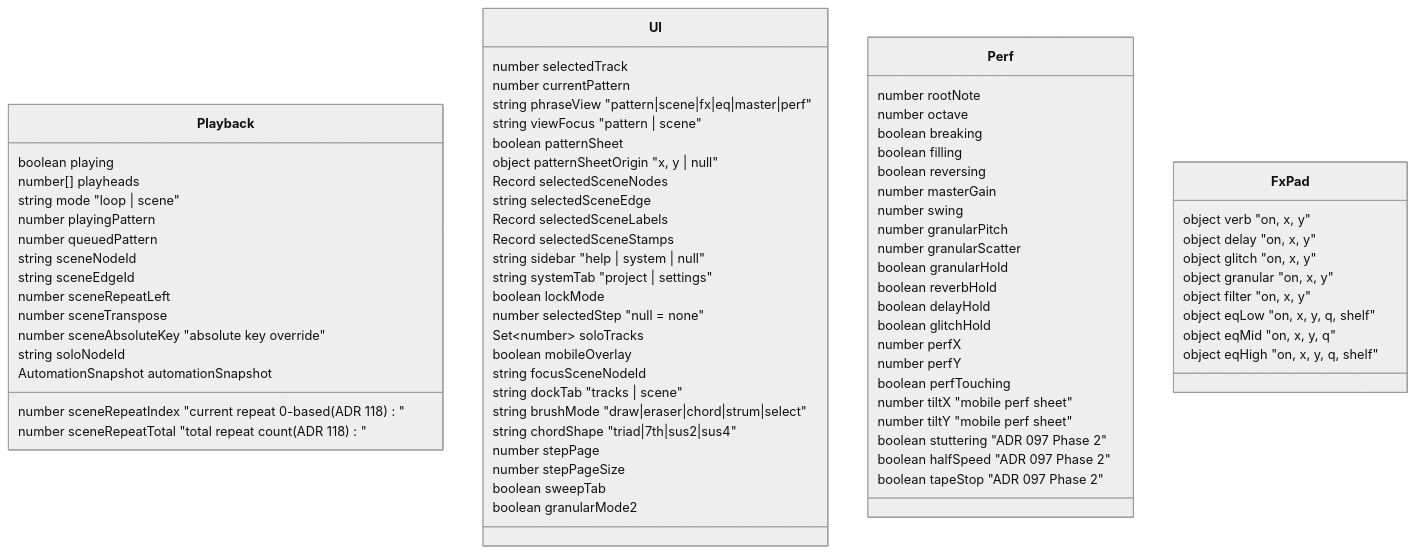
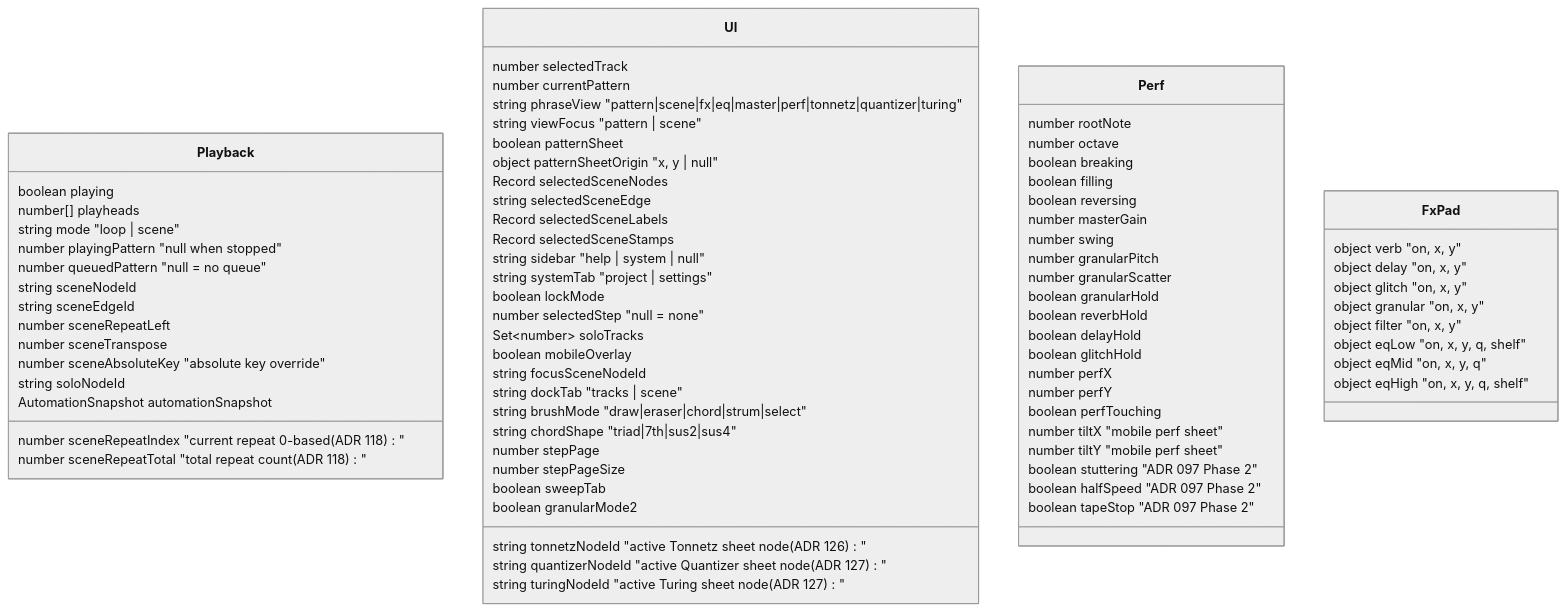
Before and after one commit to im9/inboil: the second of 2 diagrams in docs/ai/DATA_MODEL.md, drawn with Mermaid (neutral theme). The commit also changed other lines of this file and 18 other files, not shown here.

```diff
--- a/docs/ai/DATA_MODEL.md
+++ b/docs/ai/DATA_MODEL.md
@@ -178,8 +179,8 @@
         boolean playing
         number[] playheads
         string mode "loop | scene"
-        number playingPattern
-        number queuedPattern
+        number playingPattern "null when stopped"
+        number queuedPattern "null = no queue"
         string sceneNodeId
         string sceneEdgeId
         number sceneRepeatLeft
@@ -194,7 +195,7 @@
     class UI {
         number selectedTrack
         number currentPattern
-        string phraseView "pattern|scene|fx|eq|master|perf"
+        string phraseView "pattern|scene|fx|eq|master|perf|tonnetz|quantizer|turing"
         string viewFocus "pattern | scene"
         boolean patternSheet
         object patternSheetOrigin "x, y | null"
@@ -216,6 +217,9 @@
         number stepPageSize
         boolean sweepTab
         boolean granularMode2
+        string tonnetzNodeId "active Tonnetz sheet node (ADR 126)"
+        string quantizerNodeId "active Quantizer sheet node (ADR 127)"
+        string turingNodeId "active Turing sheet node (ADR 127)"
     }
 
     class Perf {
```
